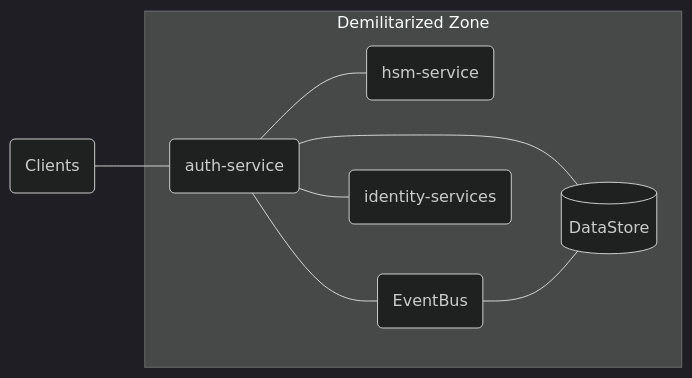
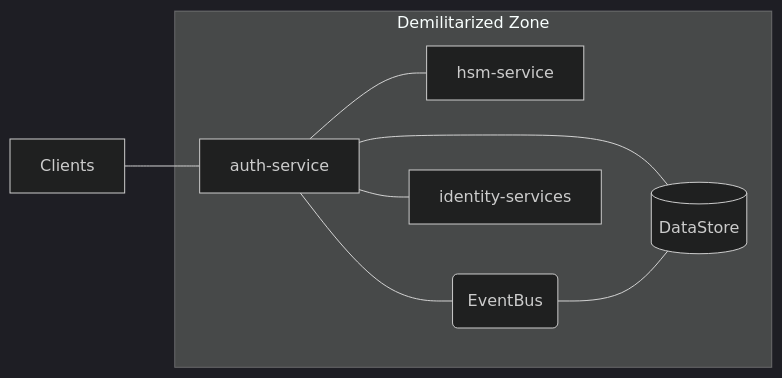
The diagram in docs/30_architecture/README.md (janus-auth/design), drawn with Mermaid (dark theme) before and after one commit. The commit also changed 1 other file, not shown here.

Commit message:
chore: minor typo

````diff
--- a/docs/30_architecture/README.md
+++ b/docs/30_architecture/README.md
@@ -11,20 +11,20 @@
 ```mermaid
 flowchart LR
 
     id1 --- sid1
 
     subgraph dmz [Demilitarized Zone]
         sid1 --- id3
         sid1 --- sid2
         sid1 --- sid4 --- id3
         sid1 --- sid3
     end
 
-    sid1(auth-service)
-    sid2(hsm-service)
-    sid3(identity-services)
+    sid1[auth-service]
+    sid2[hsm-service]
+    sid3[identity-services]
     sid4(EventBus)
 
-    id1(Clients)
+    id1[Clients]
     id3[(DataStore)]
 ```
````
